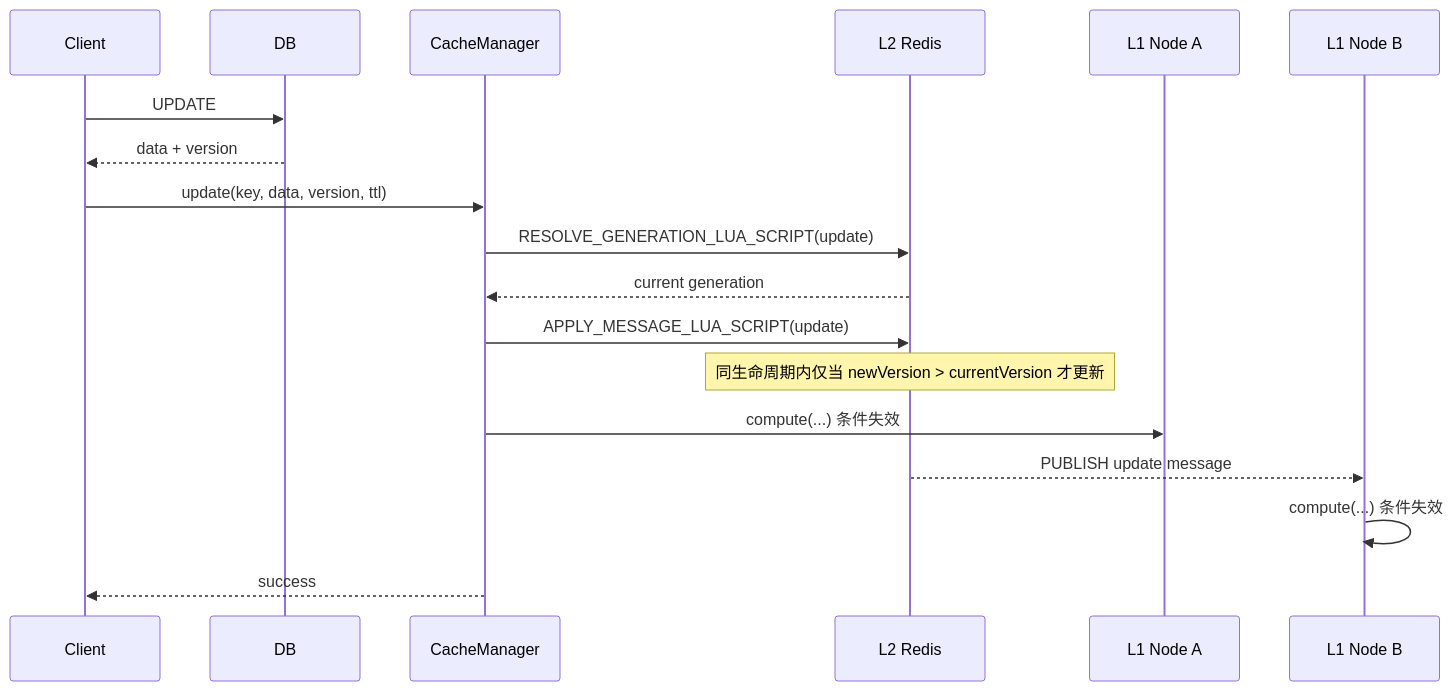
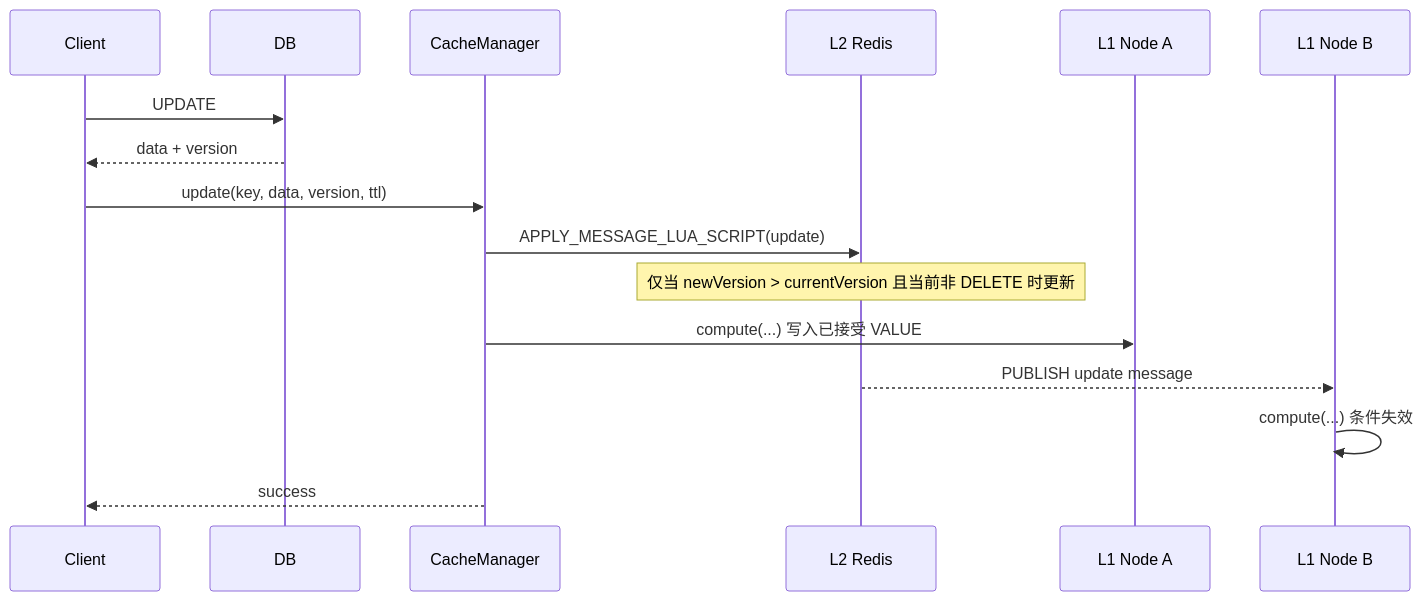
One commit to dk900912/multi-tier-cache-framework changed the sixth of 7 diagrams in README.md. Above: the diagram before and after it, drawn with Mermaid. The commit also changed other lines of this file and 45 other files, not shown here.

````diff
--- a/README.md
+++ b/README.md
@@ -553,21 +594,19 @@
 ```mermaid
 sequenceDiagram
     participant Client
     participant DB
     participant CacheManager
     participant L2 as L2 Redis
     participant L1A as L1 Node A
     participant L1B as L1 Node B
 
     Client->>DB: UPDATE
     DB-->>Client: data + version
     Client->>CacheManager: update(key, data, version, ttl)
-    CacheManager->>L2: RESOLVE_GENERATION_LUA_SCRIPT(update)
-    L2-->>CacheManager: current generation
     CacheManager->>L2: APPLY_MESSAGE_LUA_SCRIPT(update)
-    Note over L2: 同生命周期内仅当 newVersion > currentVersion 才更新
-    CacheManager->>L1A: compute(...) 条件失效
+    Note over L2: 仅当 newVersion > currentVersion 且当前非 DELETE 时更新
+    CacheManager->>L1A: compute(...) 写入已接受 VALUE
     L2-->>L1B: PUBLISH update message
     L1B->>L1B: compute(...) 条件失效
     CacheManager-->>Client: success
 ```
````
